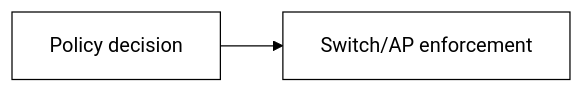
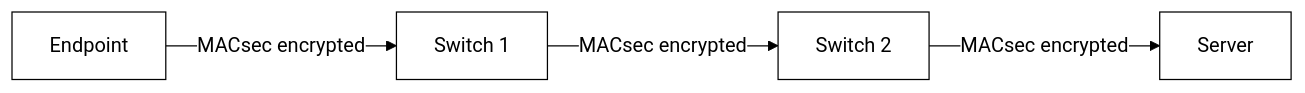
Diagram 32 of 32 in 03-network-access-control/03-network-access-control.md (cs-pub-ro/SRED-lectures), drawn with Mermaid before and after one commit. The commit also changed other lines of this file, not shown here.

````diff
--- a/03-network-access-control/03-network-access-control.md
+++ b/03-network-access-control/03-network-access-control.md
@@ -646,5 +1648,7 @@
 ```mermaid
 %%{init: {'theme': 'base', 'themeVariables': {'primaryColor': '#ffffff', 'primaryBorderColor': '#000000', 'primaryTextColor': '#000000', 'lineColor': '#000000'}}}%%
 flowchart LR
-  PDP["Policy decision"] --> PEP["Switch/AP enforcement"]
+  PC["Endpoint"] -->|"MACsec encrypted"| SW1["Switch 1"]
+  SW1 -->|"MACsec encrypted"| SW2["Switch 2"]
+  SW2 -->|"MACsec encrypted"| SRV["Server"]
 ```
````
